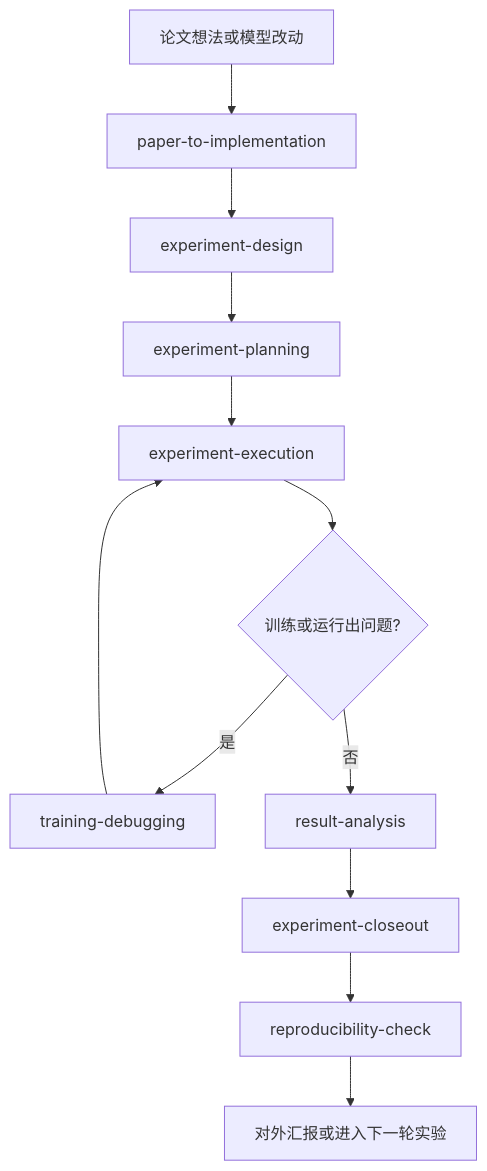
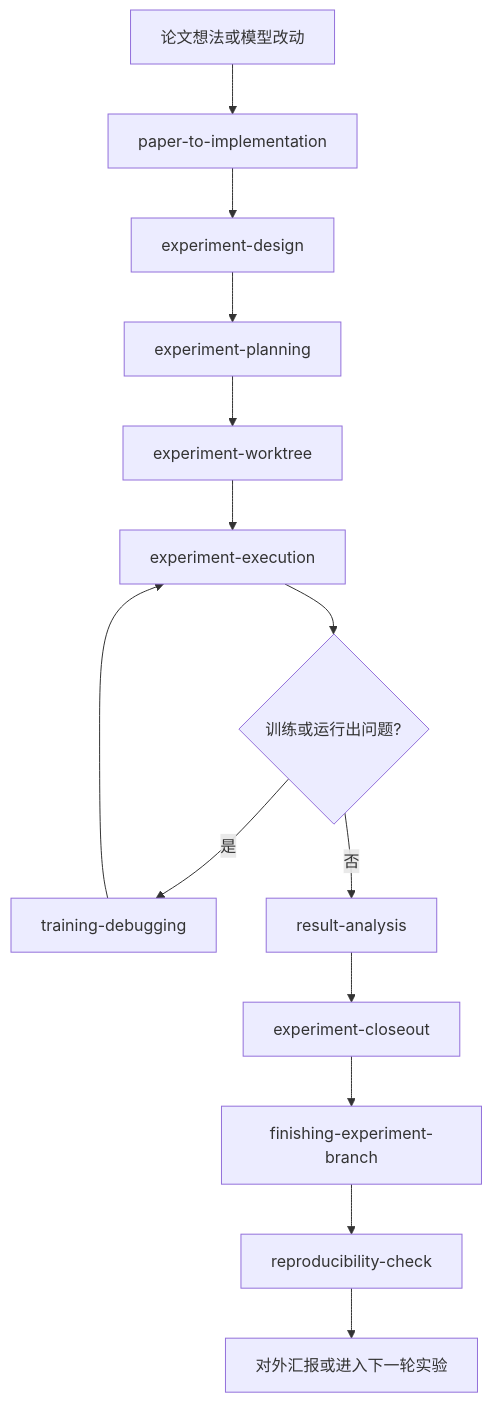
One commit to ShunyangLiu/superpowers_DL changed the diagram in README.zh-CN.md. Above: the diagram before and after it, drawn with Mermaid. The commit also changed other lines of this file and 8 other files, not shown here.

First line of the commit message:
feat: add git worktree isolation for experiment workflow

````diff
--- a/README.zh-CN.md
+++ b/README.zh-CN.md
@@ -43,14 +43,16 @@
 ```mermaid
 flowchart TD
   A[论文想法或模型改动] --> B[paper-to-implementation]
   B --> C[experiment-design]
   C --> D[experiment-planning]
-  D --> E[experiment-execution]
-  E --> F{训练或运行出问题?}
-  F -- 是 --> G[training-debugging]
-  G --> E
-  F -- 否 --> H[result-analysis]
-  H --> I[experiment-closeout]
-  I --> J[reproducibility-check]
-  J --> K[对外汇报或进入下一轮实验]
+  D --> E[experiment-worktree]
+  E --> F[experiment-execution]
+  F --> G{训练或运行出问题?}
+  G -- 是 --> H[training-debugging]
+  H --> F
+  G -- 否 --> I[result-analysis]
+  I --> J[experiment-closeout]
+  J --> K[finishing-experiment-branch]
+  K --> L[reproducibility-check]
+  L --> M[对外汇报或进入下一轮实验]
 ```
````
